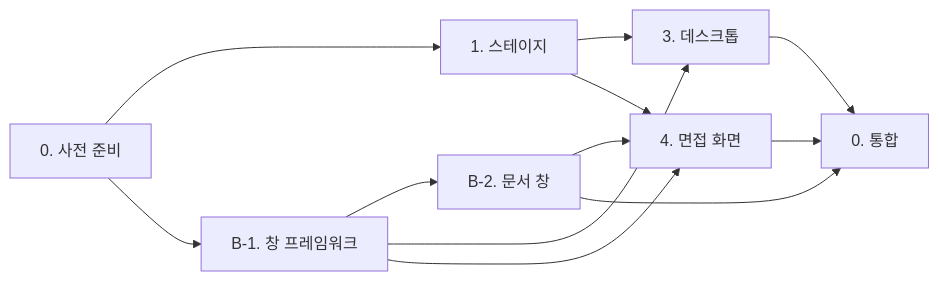
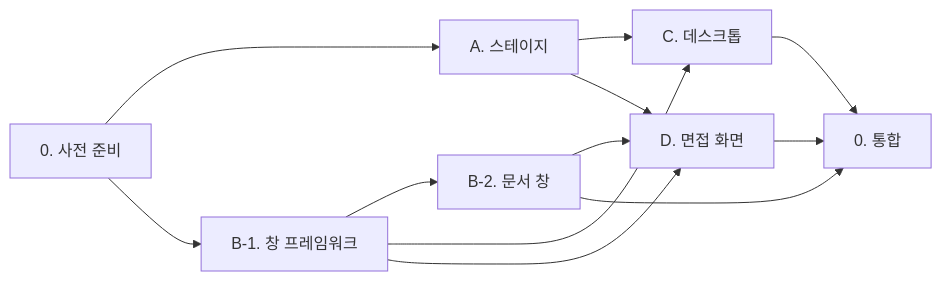
One commit to goldsw/ohabjizol-teams-game changed the first of 2 diagrams in AI/작업지침/00_팀장_분배와_계약.md. Above: the diagram before and after it, drawn with Mermaid. The commit also changed other lines of this file and 355 other files, not shown here.

Commit message:
feat: expand interview UI and scene flows

````diff
--- a/AI/작업지침/00_팀장_분배와_계약.md
+++ b/AI/작업지침/00_팀장_분배와_계약.md
@@ -25,14 +25,14 @@
 ```mermaid
 flowchart LR
-  P[0. 사전 준비] --> W1A[1. 스테이지]
+  P[0. 사전 준비] --> W1A[A. 스테이지]
   P --> W1B[B-1. 창 프레임워크]
   W1B --> W2A[B-2. 문서 창]
-  W1B --> W2B[3. 데스크톱]
-  W1B --> W2C[4. 면접 화면]
+  W1B --> W2B[C. 데스크톱]
+  W1B --> W2C[D. 면접 화면]
   W1A --> W2B
   W1A --> W2C
   W2A --> W2C
   W2A --> I[0. 통합]
   W2B --> I
   W2C --> I
 ```
````
